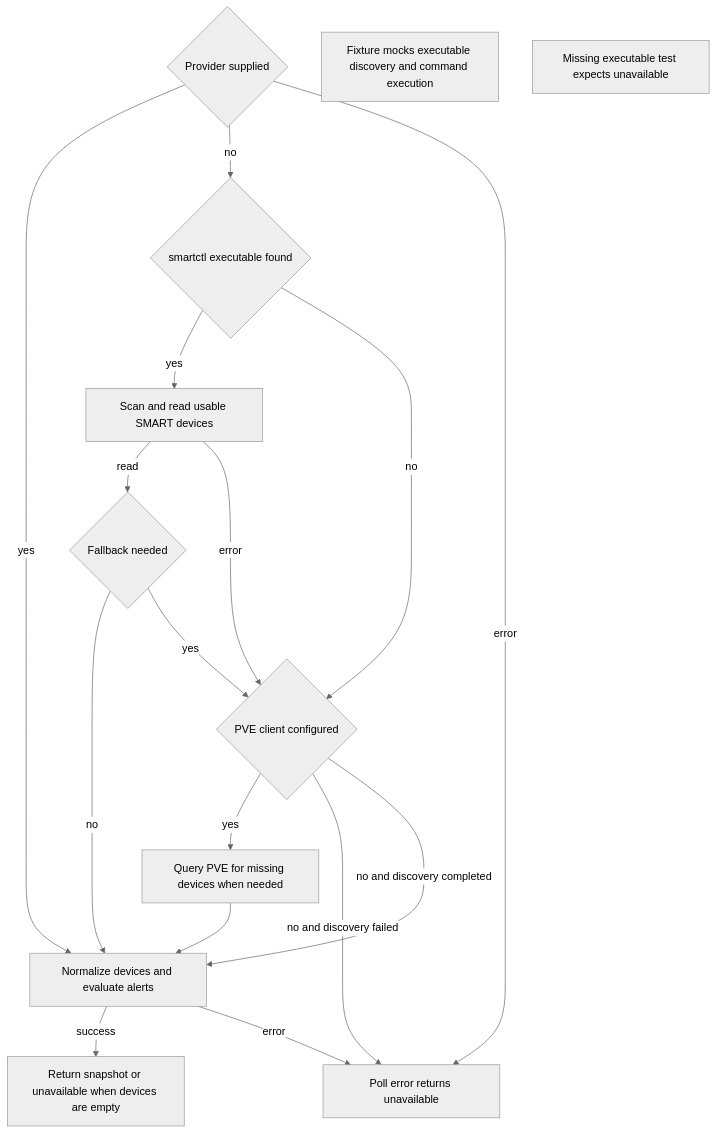
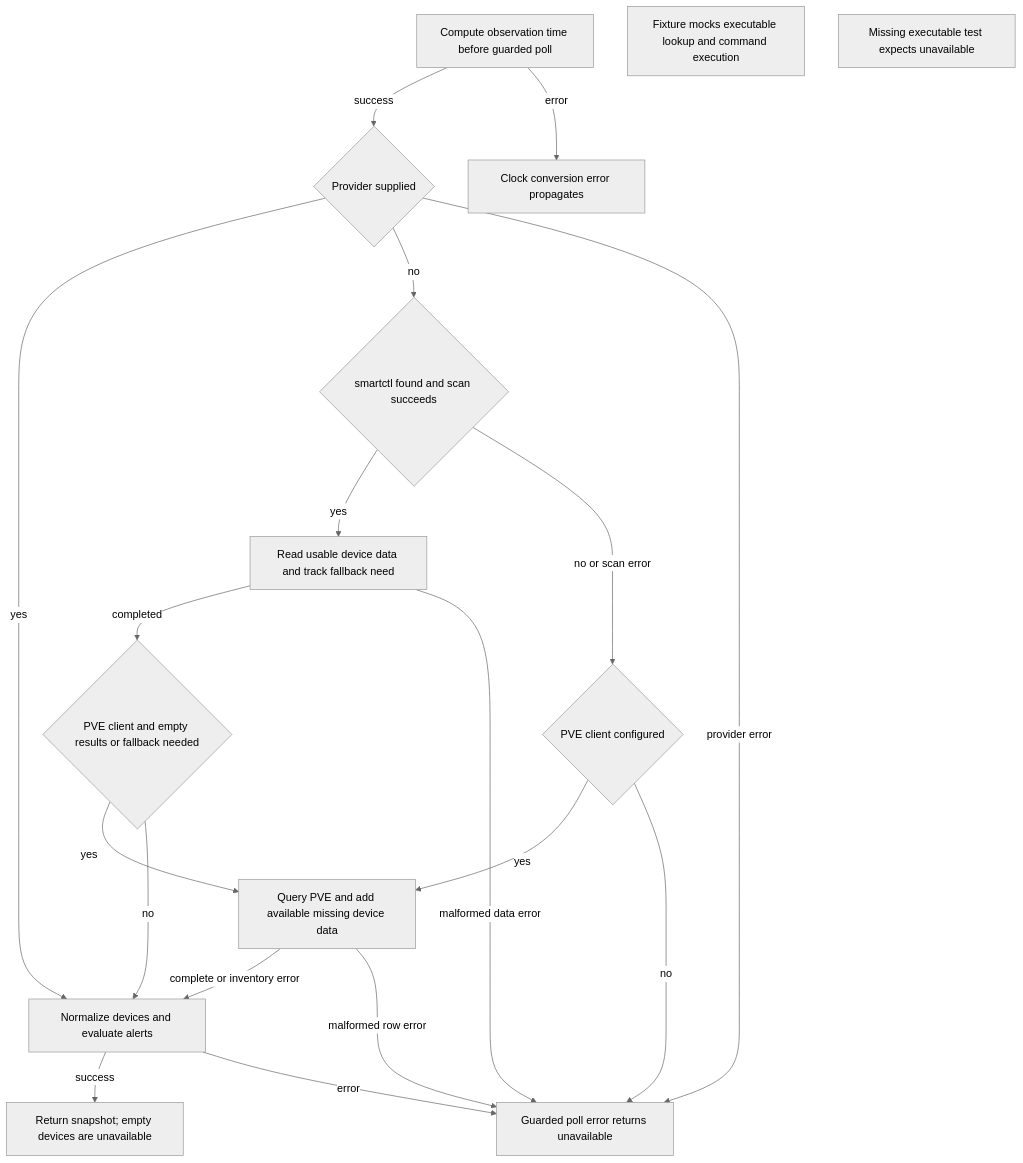
Before and after one commit to KarlSideProjects/hwmonitor-mqtt: the diagram in docs/flows/sender.smart-discovery.mmd, drawn with Mermaid (neutral theme). The commit also changed 1 other file, not shown here.

Commit message:
docs: complete SMART discovery error boundaries

```diff
--- a/docs/flows/sender.smart-discovery.mmd
+++ b/docs/flows/sender.smart-discovery.mmd
@@ -1,27 +1,31 @@
 flowchart TD
-    A{"Provider supplied"}
-    B{"smartctl executable found"}
-    C["Scan and read usable SMART devices"]
-    D{"Fallback needed"}
-    E{"PVE client configured"}
-    F["Query PVE for missing devices when needed"]
+    A["Compute observation time before guarded poll"]
+    B{"Provider supplied"}
+    C{"smartctl found and scan succeeds"}
+    D["Read usable device data and track fallback need"]
+    E{"PVE client and empty results or fallback needed"}
+    F["Query PVE and add available missing device data"]
     G["Normalize devices and evaluate alerts"]
-    H["Return snapshot or unavailable when devices are empty"]
-    I["Poll error returns unavailable"]
-    J["Fixture mocks executable discovery and command execution"]
-    K["Missing executable test expects unavailable"]
-    A -->|yes| G
-    A -->|no| B
-    A -->|error| I
-    B -->|yes| C
-    B -->|no| E
-    C -->|read| D
-    C -->|error| E
-    D -->|no| G
-    D -->|yes| E
+    H["Return snapshot; empty devices are unavailable"]
+    I["Guarded poll error returns unavailable"]
+    J["Clock conversion error propagates"]
+    K["Fixture mocks executable lookup and command execution"]
+    L["Missing executable test expects unavailable"]
+    M{"PVE client configured"}
+    A -->|success| B
+    A -->|error| J
+    B -->|yes| G
+    B -->|no| C
+    B -->|provider error| I
+    C -->|yes| D
+    C -->|no or scan error| M
+    D -->|completed| E
+    D -->|malformed data error| I
     E -->|yes| F
-    E -->|no and discovery failed| I
-    E -->|no and discovery completed| G
-    F --> G
+    E -->|no| G
+    M -->|yes| F
+    M -->|no| I
+    F -->|complete or inventory error| G
+    F -->|malformed row error| I
     G -->|success| H
     G -->|error| I
```
